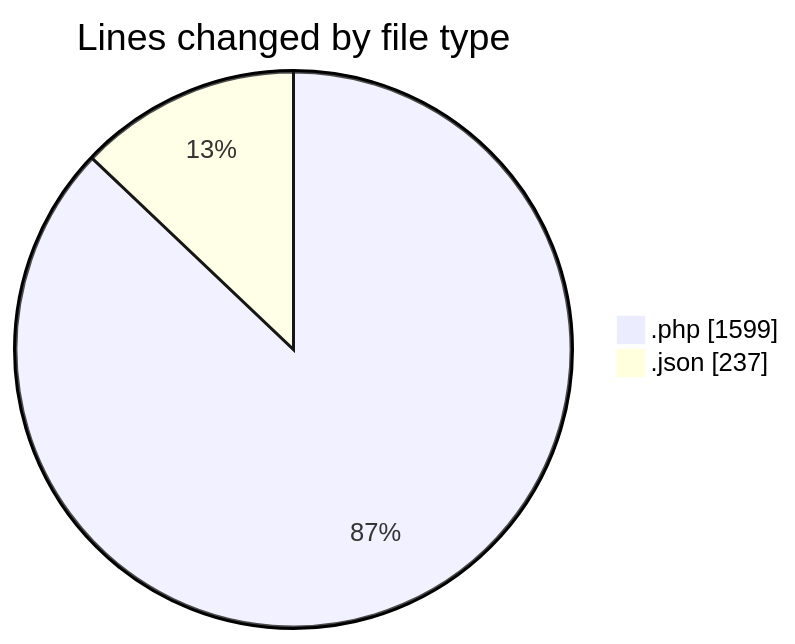
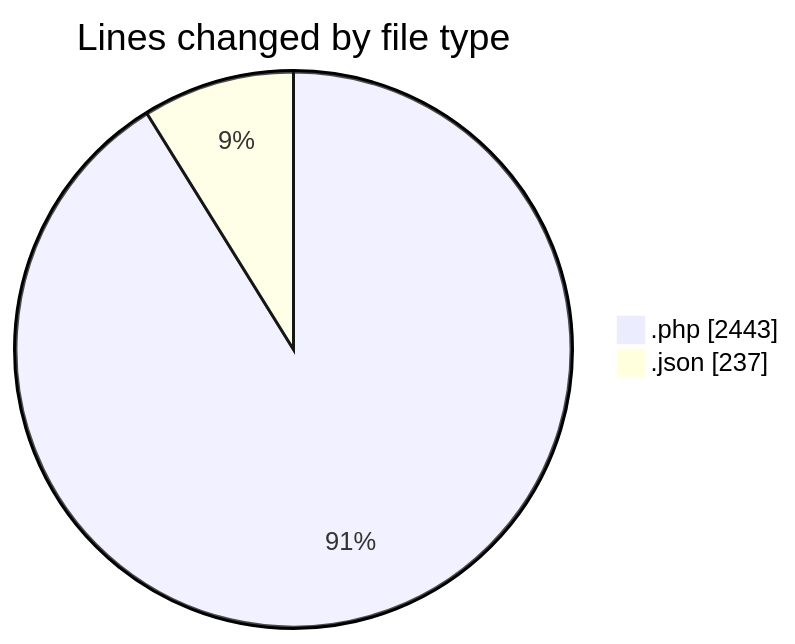
One commit to idhammustaqopulfikri/code-tracking changed the first of 2 diagrams in 2025-06-06/sewa-mobil/README.md. Above: the diagram before and after it, drawn with Mermaid. The commit also changed other lines of this file and 1 other file, not shown here.

````diff
--- a/2025-06-06/sewa-mobil/README.md
+++ b/2025-06-06/sewa-mobil/README.md
@@ -24,6 +24,6 @@
 ```mermaid
 pie showData
 title Lines changed by file type
-".php" : 1599
+".php" : 2443
 ".json" : 237
 ```
````
